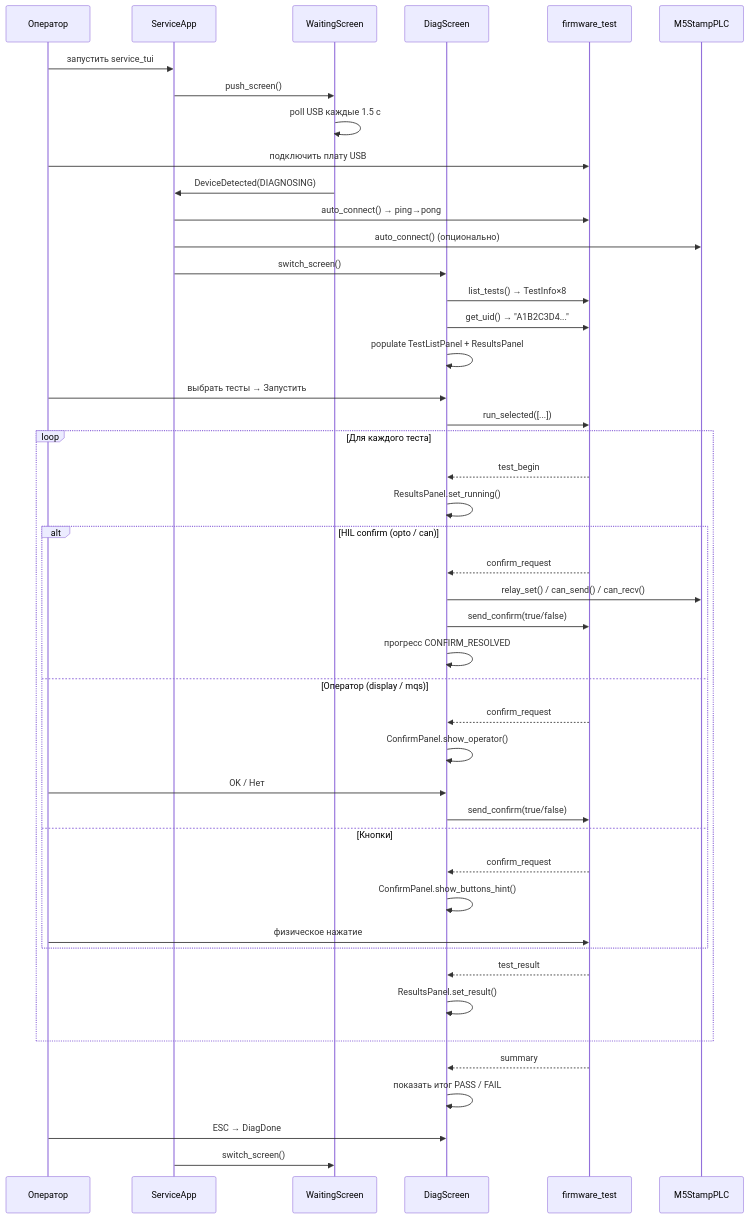
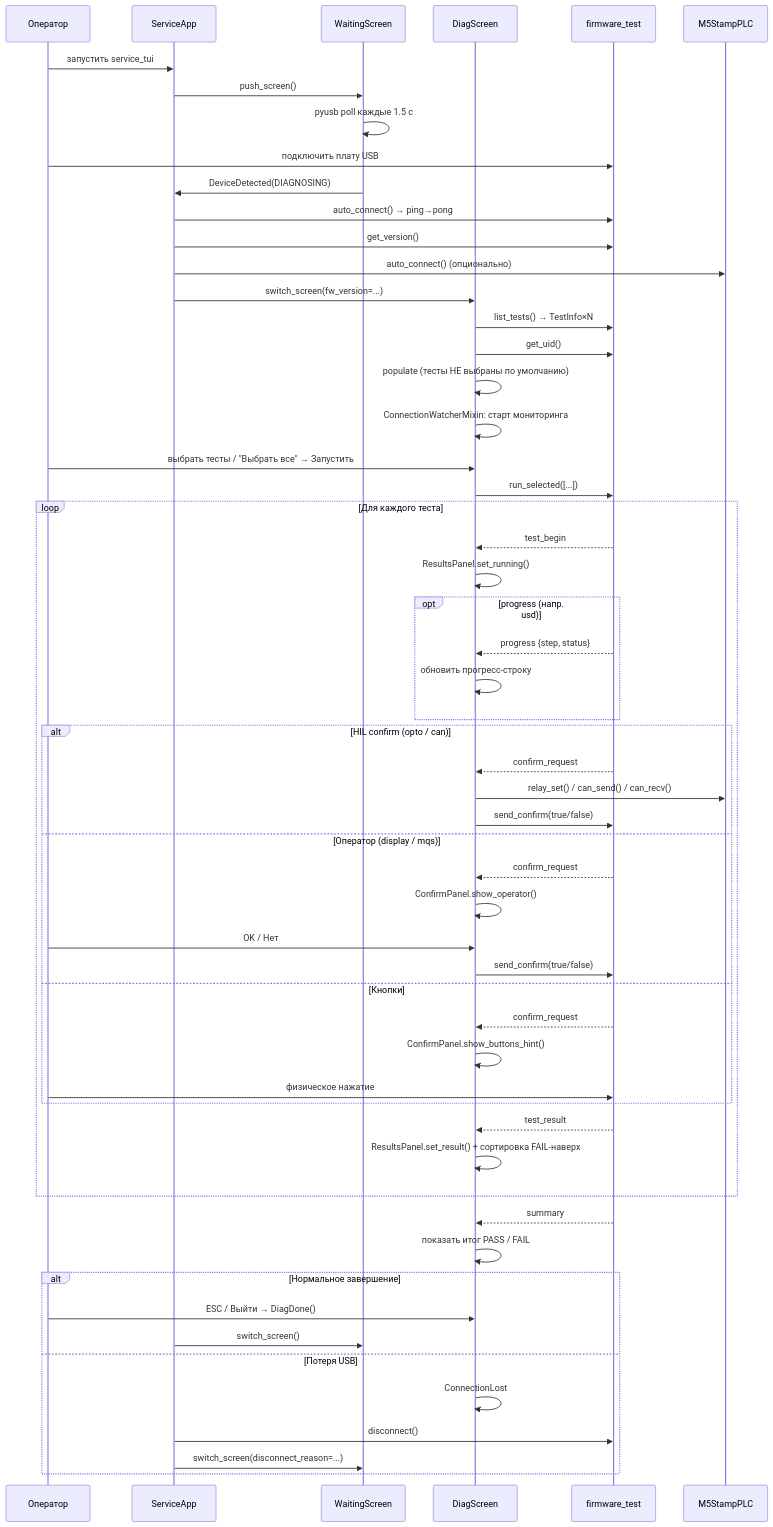
The fifth of 5 diagrams in tools/production/README.md (OSabuser/tft_manufacture_test), drawn with Mermaid before and after one commit. The commit also changed other lines of this file and 2 other files, not shown here.

Commit message:
# firmware_test: TUI app m5_client fixed

````diff
--- a/tools/production/README.md
+++ b/tools/production/README.md
@@ -526,55 +293,68 @@
 ```mermaid
 sequenceDiagram
     participant OP as Оператор
     participant TUI as ServiceApp
     participant WS as WaitingScreen
     participant DS as DiagScreen
     participant FW as firmware_test
     participant M5 as M5StampPLC
 
     OP->>TUI: запустить service_tui
     TUI->>WS: push_screen()
-    WS->>WS: poll USB каждые 1.5 с
+    WS->>WS: pyusb poll каждые 1.5 с
 
     OP->>FW: подключить плату USB
     WS->>TUI: DeviceDetected(DIAGNOSING)
     TUI->>FW: auto_connect() → ping→pong
+    TUI->>FW: get_version()
     TUI->>M5: auto_connect() (опционально)
-    TUI->>DS: switch_screen()
+    TUI->>DS: switch_screen(fw_version=...)
 
-    DS->>FW: list_tests() → TestInfo×8
-    DS->>FW: get_uid() → "A1B2C3D4..."
-    DS->>DS: populate TestListPanel + ResultsPanel
+    DS->>FW: list_tests() → TestInfo×N
+    DS->>FW: get_uid()
+    DS->>DS: populate (тесты НЕ выбраны по умолчанию)
+    DS->>DS: ConnectionWatcherMixin: старт мониторинга
 
-    OP->>DS: выбрать тесты → Запустить
+    OP->>DS: выбрать тесты / "Выбрать все" → Запустить
     DS->>FW: run_selected([...])
 
     loop Для каждого теста
         FW-->>DS: test_begin
         DS->>DS: ResultsPanel.set_running()
 
+        opt progress (напр. usd)
+            FW-->>DS: progress {step, status}
+            DS->>DS: обновить прогресс-строку
+        end
+
         alt HIL confirm (opto / can)
             FW-->>DS: confirm_request
             DS->>M5: relay_set() / can_send() / can_recv()
             DS->>FW: send_confirm(true/false)
-            DS->>DS: прогресс CONFIRM_RESOLVED
         else Оператор (display / mqs)
             FW-->>DS: confirm_request
             DS->>DS: ConfirmPanel.show_operator()
             OP->>DS: OK / Нет
             DS->>FW: send_confirm(true/false)
         else Кнопки
             FW-->>DS: confirm_request
             DS->>DS: ConfirmPanel.show_buttons_hint()
             OP->>FW: физическое нажатие
         end
 
         FW-->>DS: test_result
-        DS->>DS: ResultsPanel.set_result()
+        DS->>DS: ResultsPanel.set_result() + сортировка FAIL-наверх
     end
 
     FW-->>DS: summary
     DS->>DS: показать итог PASS / FAIL
-    OP->>DS: ESC → DiagDone
-    TUI->>WS: switch_screen()
+
+    alt Нормальное завершение
+        OP->>DS: ESC / Выйти → DiagDone()
+        TUI->>WS: switch_screen()
+    else Потеря USB
+        DS->>DS: ConnectionLost
+        TUI->>FW: disconnect()
+        TUI->>WS: switch_screen(disconnect_reason=...)
+    end
 ```
````
